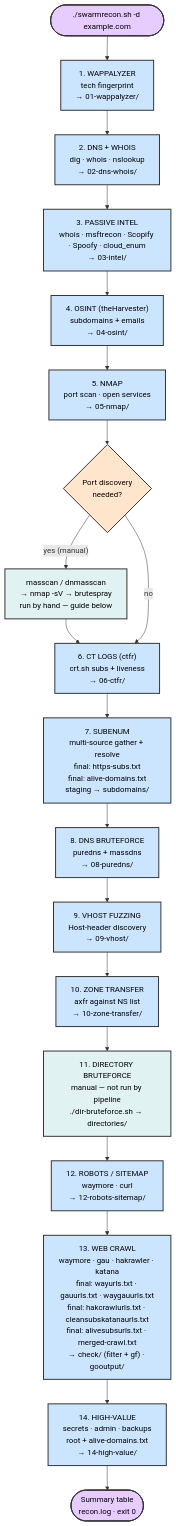
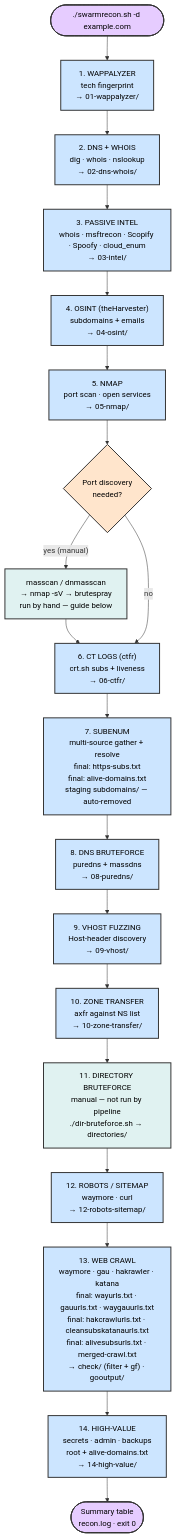
Before and after one commit to manojxshrestha/swarmrecon: the third of 3 diagrams in README.md, drawn with Mermaid. The commit also changed other lines of this file and 2 other files, not shown here.

First line of the commit message:
fix: subenum staging auto-rm, ownership-aware gf sync, README Step 13 exact commands

````diff
--- a/README.md
+++ b/README.md
@@ -446,37 +446,37 @@
 ```mermaid
 flowchart TD
     classDef phase fill:#cce5ff,stroke:#333,stroke-width:2px,color:#000
     classDef gate fill:#ffcccc,stroke:#333,stroke-width:2px,color:#000
     classDef decision fill:#ffe5cc,stroke:#333,stroke-width:2px,color:#000
     classDef terminal fill:#e6ccff,stroke:#333,stroke-width:2px,color:#000
     classDef manual fill:#e0f2f1,stroke:#333,stroke-width:2px,color:#000
 
     Start(["./swarmrecon.sh -d example.com"]):::terminal --> S1
 
     S1["1. WAPPALYZER<br/>tech fingerprint<br/>→ 01-wappalyzer/"]:::phase --> S2
     S2["2. DNS + WHOIS<br/>dig · whois · nslookup<br/>→ 02-dns-whois/"]:::phase --> S3
 
     S3["3. PASSIVE INTEL<br/>whois · msftrecon · Scopify · Spoofy · cloud_enum<br/>→ 03-intel/"]:::phase --> S4
     S4["4. OSINT (theHarvester)<br/>subdomains + emails<br/>→ 04-osint/"]:::phase --> S5
 
     S5["5. NMAP<br/>port scan · open services<br/>→ 05-nmap/"]:::phase --> PortDec
 
     PortDec{"Port discovery<br/>needed?"}:::decision
     PortDec -->|"yes (manual)"| Manual["masscan / dnmasscan<br/>→ nmap -sV → brutespray<br/>run by hand — guide below"]:::manual
     Manual --> S6
     PortDec -->|"no"| S6
 
     S6["6. CT LOGS (ctfr)<br/>crt.sh subs + liveness<br/>→ 06-ctfr/"]:::phase --> S7
-    S7["7. SUBENUM<br/>multi-source gather + resolve<br/>final: https-subs.txt<br/>final: alive-domains.txt<br/>staging → subdomains/"]:::phase --> S8
+    S7["7. SUBENUM<br/>multi-source gather + resolve<br/>final: https-subs.txt<br/>final: alive-domains.txt<br/>staging subdomains/ — auto-removed"]:::phase --> S8
     S8["8. DNS BRUTEFORCE<br/>puredns + massdns<br/>→ 08-puredns/"]:::phase --> S9
     S9["9. VHOST FUZZING<br/>Host-header discovery<br/>→ 09-vhost/"]:::phase --> S10
     S10["10. ZONE TRANSFER<br/>axfr against NS list<br/>→ 10-zone-transfer/"]:::phase --> S11
     S11["11. DIRECTORY BRUTEFORCE<br/>manual — not run by pipeline<br/>./dir-bruteforce.sh → directories/"]:::manual --> S12
     S12["12. ROBOTS / SITEMAP<br/>waymore · curl<br/>→ 12-robots-sitemap/"]:::phase --> S13
 
     S13["13. WEB CRAWL<br/>waymore · gau · hakrawler · katana<br/>final: wayurls.txt · gauurls.txt · waygauurls.txt<br/>final: hakcrawlurls.txt · cleansubskatanaurls.txt<br/>final: alivesubsurls.txt · merged-crawl.txt<br/>→ check/ (filter + gf) · gooutput/"]:::phase --> S14
 
     S14["14. HIGH-VALUE<br/>secrets · admin · backups<br/>root + alive-domains.txt<br/>→ 14-high-value/"]:::phase --> Summary
 
     Summary(["Summary table<br/>recon.log · exit 0"]):::terminal
 ```
````
